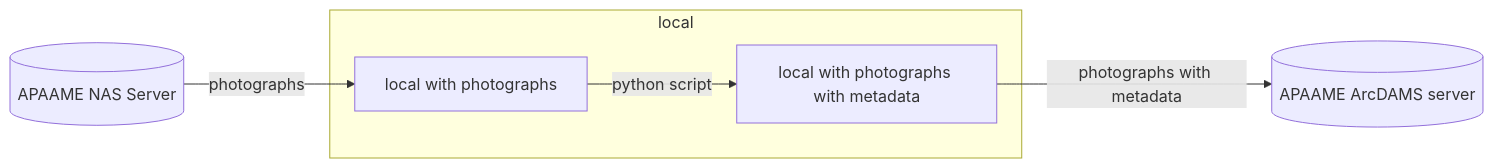
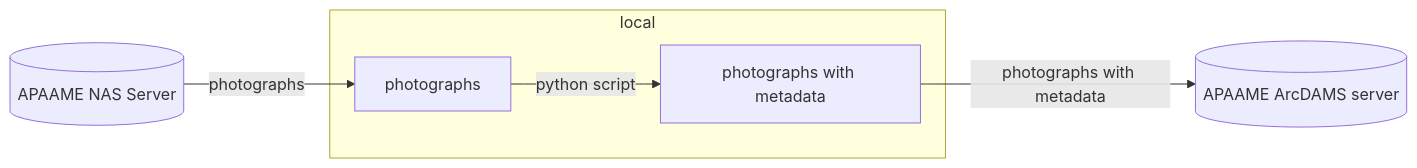
One commit to eamena-project/eamena-arches-dev changed the diagram in projects/apaame-photos/README.md. Above: the diagram before and after it, drawn with Mermaid. The commit also changed other lines of this file, not shown here.

Commit message:
mermaid diag

````diff
--- a/projects/apaame-photos/README.md
+++ b/projects/apaame-photos/README.md
@@ -7,8 +7,8 @@
 ```mermaid
 flowchart LR
-    A[(APAAME NAS Server)] --photographs--> B[local with photographs];
+    A[(APAAME NAS Server)] --photographs--> B[photographs];
     subgraph local
-    B --python script--> C[local with photographs with metadata];
+    B --python script--> C[photographs with metadata];
     end
     C --photographs with metadata--> D[(APAAME ArcDAMS server)]; 
 ```
````
